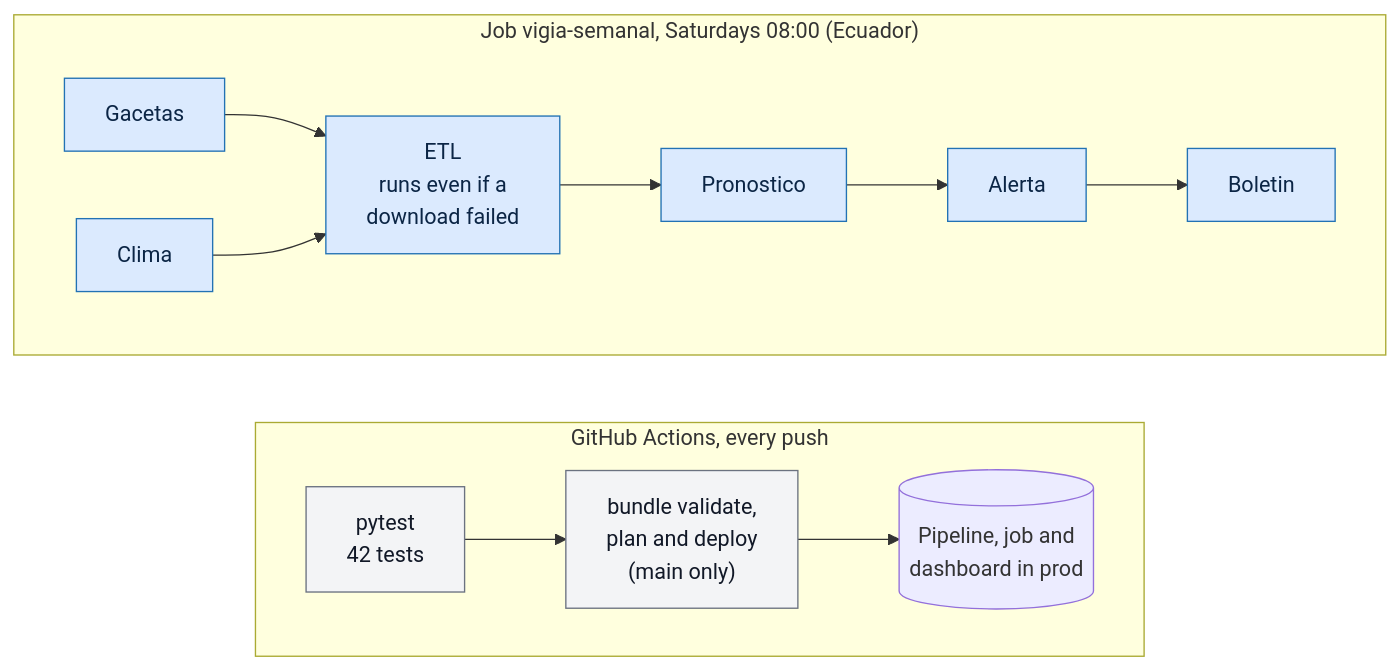
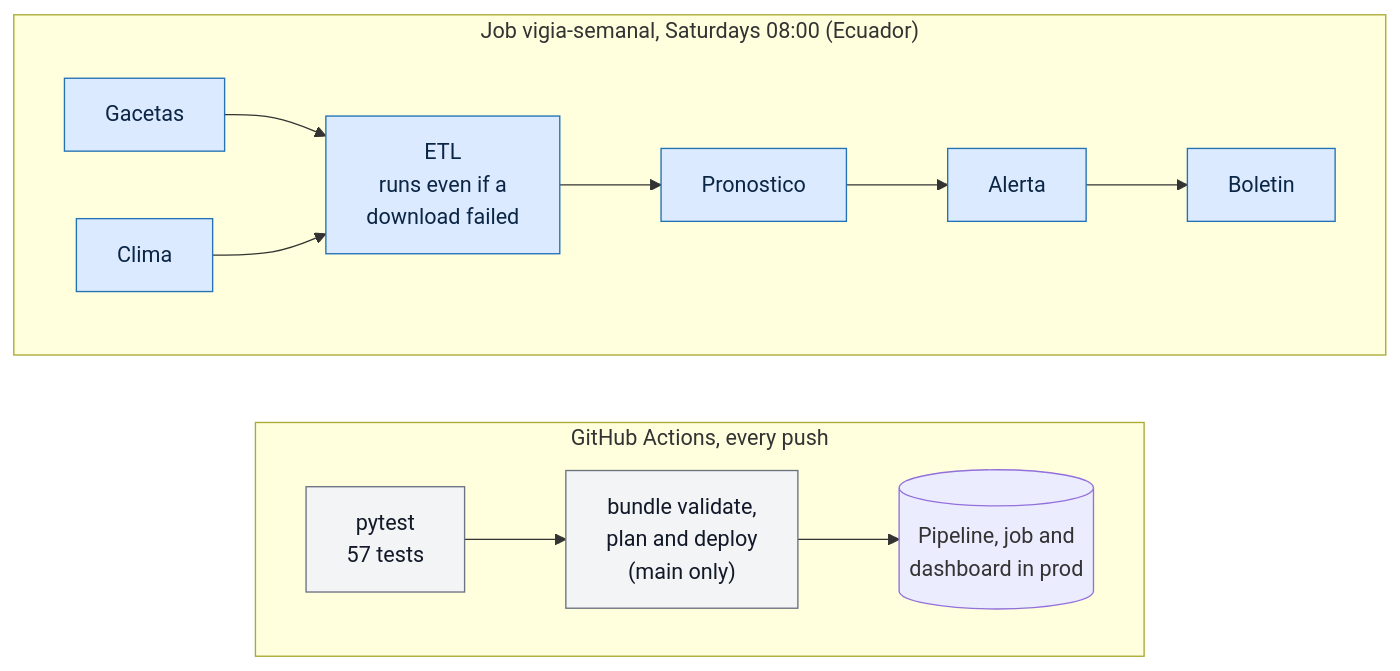
Before and after one commit to srodriguez252/vigia-dengue: the second of 2 diagrams in README.md, drawn with Mermaid. The commit also changed other lines of this file and 3 other files, not shown here.

````diff
--- a/README.md
+++ b/README.md
@@ -81,17 +81,17 @@
 ```mermaid
 flowchart LR
     subgraph CI["GitHub Actions, every push"]
         direction LR
-        T["pytest<br/>42 tests"] --> D["bundle validate,<br/>plan and deploy<br/>(main only)"] --> W[("Pipeline, job and<br/>dashboard in prod")]
+        T["pytest<br/>57 tests"] --> D["bundle validate,<br/>plan and deploy<br/>(main only)"] --> W[("Pipeline, job and<br/>dashboard in prod")]
     end
     subgraph JOB["Job vigia-semanal, Saturdays 08:00 (Ecuador)"]
         direction LR
         G["Gacetas"] --> E["ETL<br/>runs even if a<br/>download failed"]
         C["Clima"] --> E
         E --> P["Pronostico"] --> A["Alerta"] --> B["Boletin"]
     end
     classDef job fill:#dbeafe,stroke:#2272b4,color:#0b2545
     classDef ci fill:#f3f4f6,stroke:#6b7280,color:#111827
     class G,C,E,P,A,B job
     class T,D ci
 ```
````
